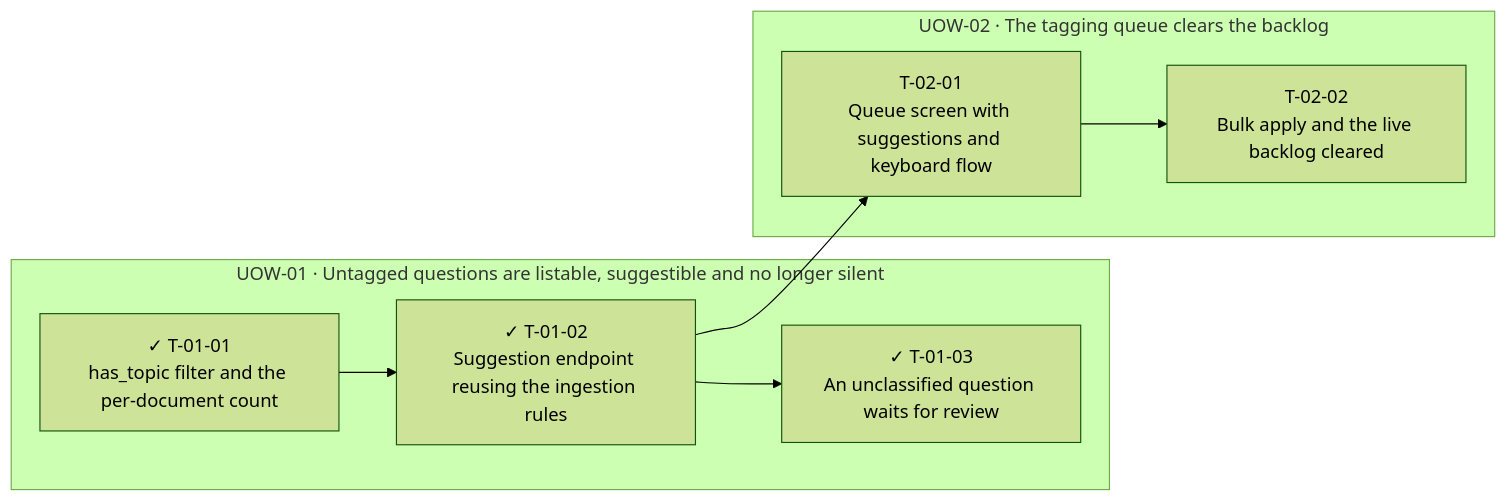
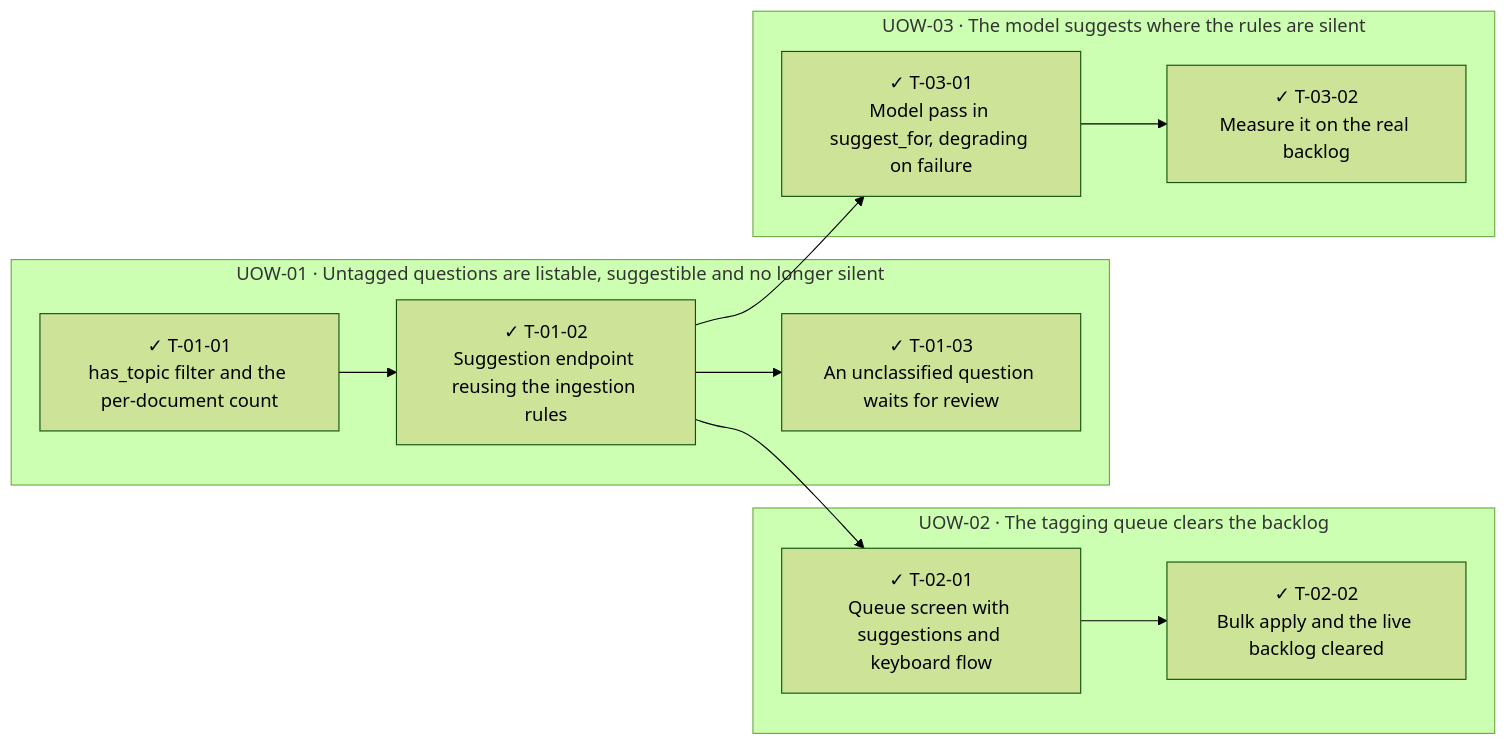
The diagram in .ai/features/2026092302-topic-coverage/05-ticket-graph.md (LocTran12310/examind), drawn with Mermaid (forest theme) before and after one commit. The commit also changed other lines of this file and 29 other files, not shown here.

````diff
--- a/.ai/features/2026092302-topic-coverage/05-ticket-graph.md
+++ b/.ai/features/2026092302-topic-coverage/05-ticket-graph.md
@@ -23,16 +24,22 @@
 ```mermaid
 graph LR
   subgraph UOW_01["UOW-01 · Untagged questions are listable, suggestible and no longer silent"]
     T_01_01["✓ T-01-01<br/>has_topic filter and the per-document count"]
     T_01_02["✓ T-01-02<br/>Suggestion endpoint reusing the ingestion rules"]
     T_01_03["✓ T-01-03<br/>An unclassified question waits for review"]
   end
   subgraph UOW_02["UOW-02 · The tagging queue clears the backlog"]
-    T_02_01["T-02-01<br/>Queue screen with suggestions and keyboard flow"]
-    T_02_02["T-02-02<br/>Bulk apply and the live backlog cleared"]
+    T_02_01["✓ T-02-01<br/>Queue screen with suggestions and keyboard flow"]
+    T_02_02["✓ T-02-02<br/>Bulk apply and the live backlog cleared"]
+  end
+  subgraph UOW_03["UOW-03 · The model suggests where the rules are silent"]
+    T_03_01["✓ T-03-01<br/>Model pass in suggest_for, degrading on failure"]
+    T_03_02["✓ T-03-02<br/>Measure it on the real backlog"]
   end
   T_01_01 --> T_01_02
   T_01_02 --> T_01_03
   T_01_02 --> T_02_01
   T_02_01 --> T_02_02
+  T_01_02 --> T_03_01
+  T_03_01 --> T_03_02
 ```
````
